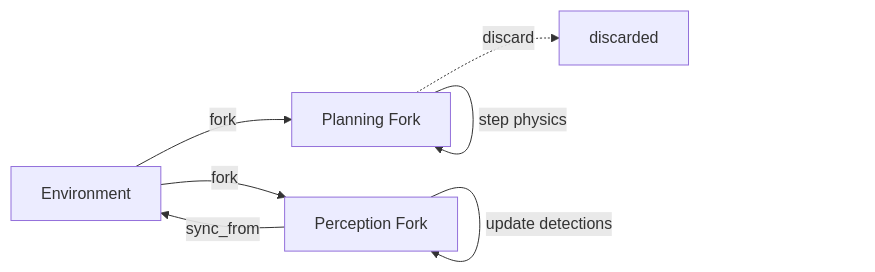
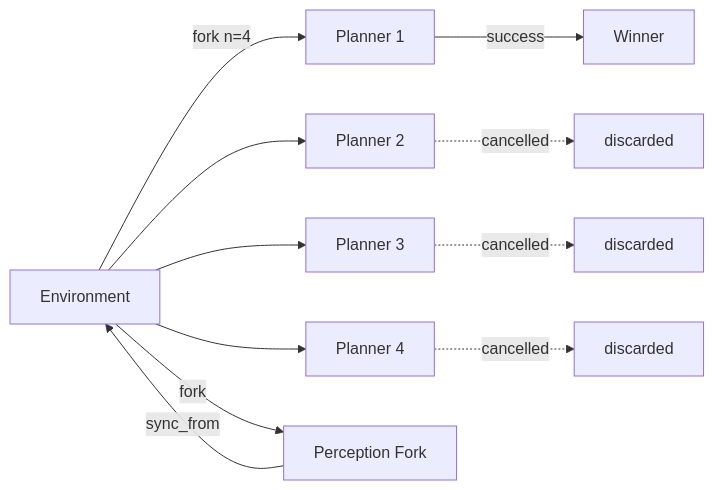
Before and after one commit to personalrobotics/mj_environment: the first of 2 diagrams in README.md, drawn with Mermaid.

Commit message:
Update mermaid diagram to show parallel planning
- Show fork(n=4) creating multiple parallel planners
- First planner to succeed wins, others cancelled
- Perception fork with sync_from pattern

````diff
--- a/README.md
+++ b/README.md
@@ -51,9 +51,13 @@
 ```mermaid
 graph LR
-    E[Environment] -->|fork| P[Planning Fork]
+    E[Environment] -->|fork n=4| P1[Planner 1]
+    E --> P2[Planner 2]
+    E --> P3[Planner 3]
+    E --> P4[Planner 4]
+    P1 -->|success| W[Winner]
+    P2 -.->|cancelled| X1[discarded]
+    P3 -.->|cancelled| X2[discarded]
+    P4 -.->|cancelled| X3[discarded]
     E -->|fork| R[Perception Fork]
-    P -->|step physics| P
-    P -.->|discard| X[discarded]
-    R -->|update detections| R
     R -->|sync_from| E
 ```
````
